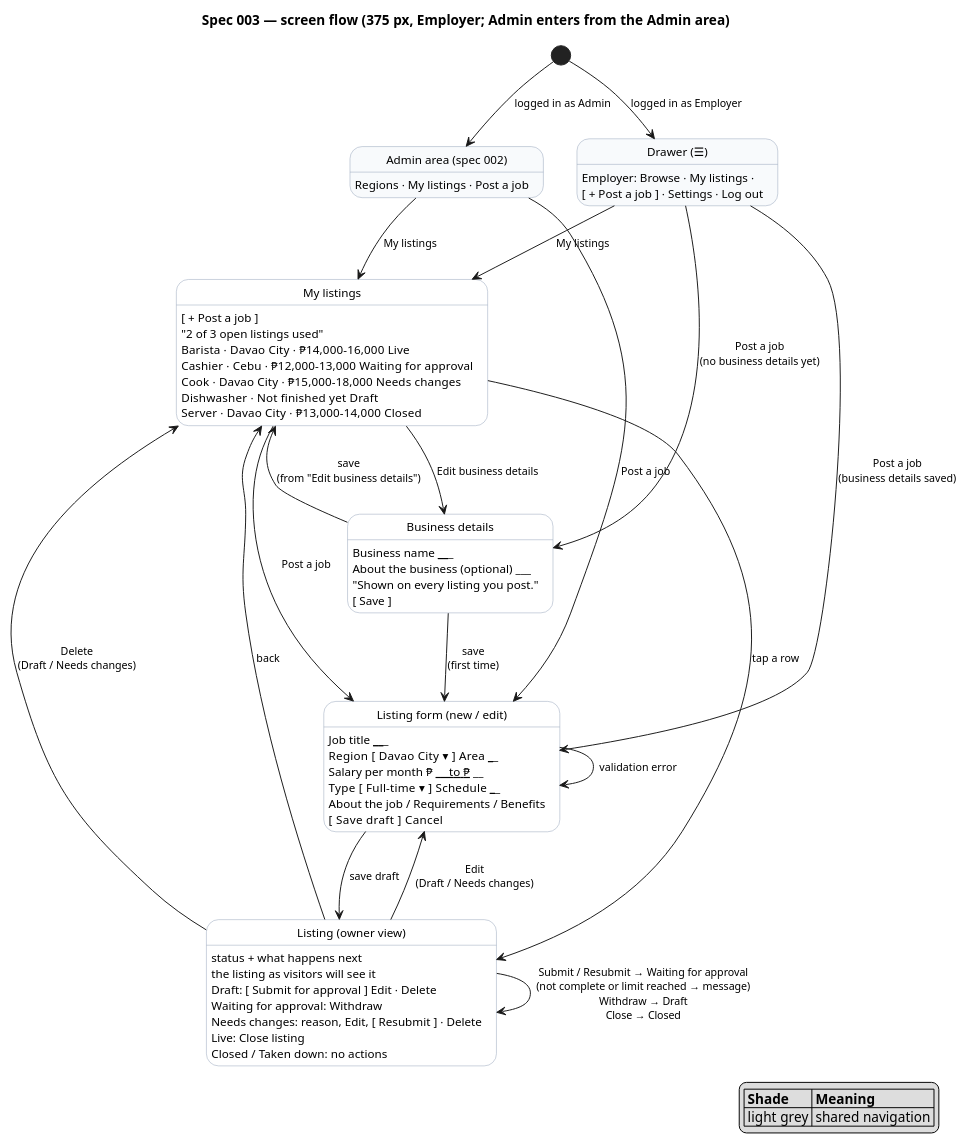
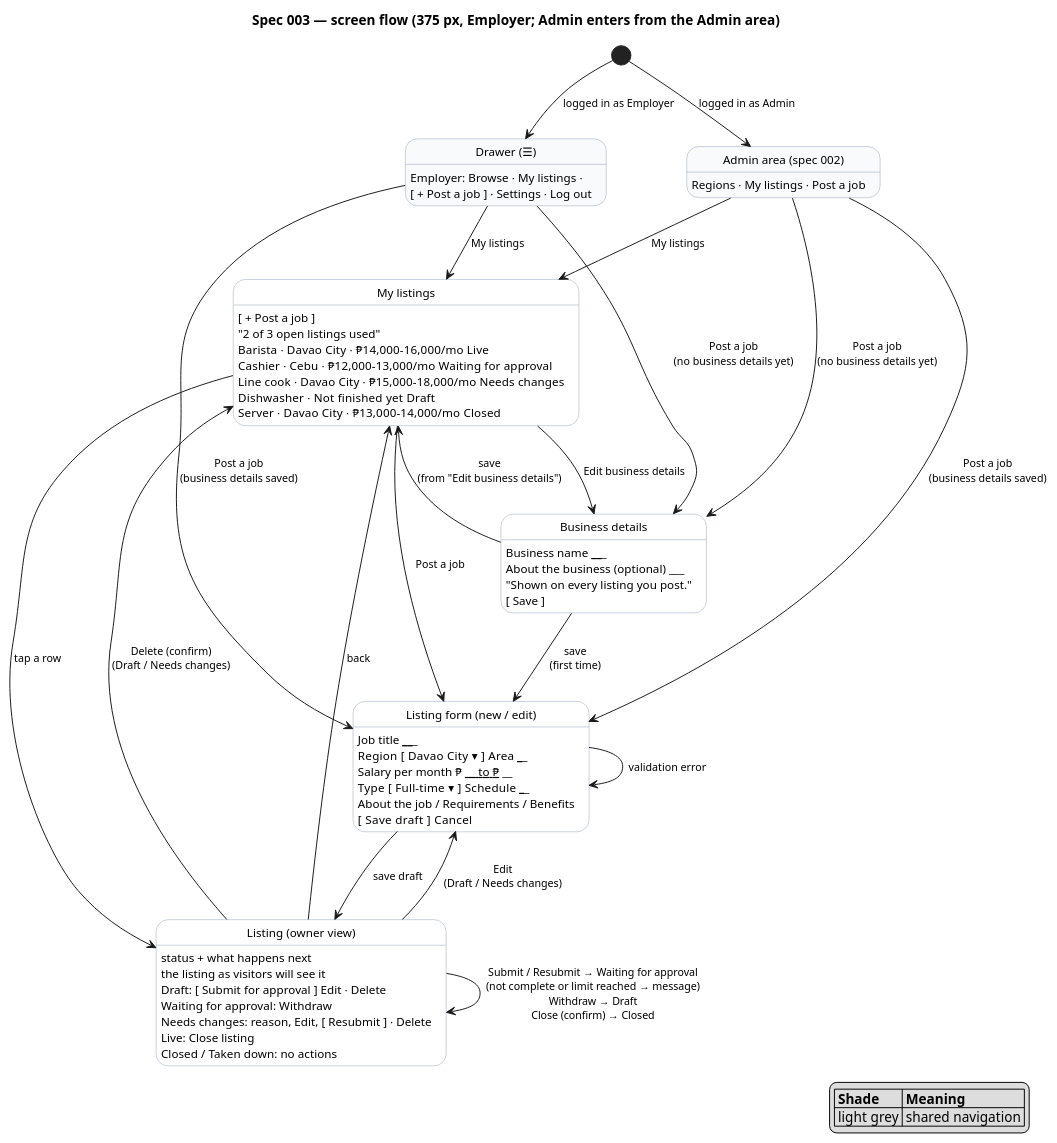
Before and after one commit to raseniero/jairojobs-elixir: the diagram in docs/specs/003-listings-employer-posting/diagrams/screenflow-posting.puml, drawn with PlantUML. The commit also changed 21 other files, not shown here.

Commit message:
docs: consistency pass after spec 003 review (specs 000 and 003, architecture, constitution examples)

```diff
--- a/docs/specs/003-listings-employer-posting/diagrams/screenflow-posting.puml
+++ b/docs/specs/003-listings-employer-posting/diagrams/screenflow-posting.puml
@@ -1,78 +1,79 @@
 @startuml screenflow-posting
 ' Spec 003 — screen flow. Each state is a screen (key elements listed); each arrow is a user action.
 ' Every user story US-003-1..12 is a path through this diagram (see table in spec.md).
 
 hide empty description
 skinparam state {
   BackgroundColor white
   BackgroundColor<<public>> #f8fafc
   BorderColor #94a3b8
   FontSize 12
 }
 skinparam arrowFontSize 11
 
 title Spec 003 — screen flow (375 px, Employer; Admin enters from the Admin area)
 
 state "Drawer (☰)" as Drawer <<public>>
 Drawer : Employer: Browse · My listings ·
 Drawer : [ + Post a job ] · Settings · Log out
 
 state "Admin area (spec 002)" as AdminArea <<public>>
 AdminArea : Regions · My listings · Post a job
 
 state "My listings" as Mine
 Mine : [ + Post a job ]
 Mine : "2 of 3 open listings used"
-Mine : Barista · Davao City · ₱14,000–16,000   Live
-Mine : Cashier · Cebu · ₱12,000–13,000   Waiting for approval
-Mine : Cook · Davao City · ₱15,000–18,000   Needs changes
+Mine : Barista · Davao City · ₱14,000–16,000/mo   Live
+Mine : Cashier · Cebu · ₱12,000–13,000/mo   Waiting for approval
+Mine : Line cook · Davao City · ₱15,000–18,000/mo   Needs changes
 Mine : Dishwasher · Not finished yet   Draft
-Mine : Server · Davao City · ₱13,000–14,000   Closed
+Mine : Server · Davao City · ₱13,000–14,000/mo   Closed
 
 state "Business details" as Business
 Business : Business name ___________
 Business : About the business (optional) ___
 Business : "Shown on every listing you post."
 Business : [ Save ]
 
 state "Listing form (new / edit)" as Form
 Form : Job title ___________
 Form : Region [ Davao City ▾ ]   Area ______
 Form : Salary per month ₱ ____ to ₱ ____
 Form : Type [ Full-time ▾ ]   Schedule ______
 Form : About the job / Requirements / Benefits
 Form : [ Save draft ]   Cancel
 
 state "Listing (owner view)" as Listing
 Listing : status + what happens next
 Listing : the listing as visitors will see it
 Listing : Draft: [ Submit for approval ] Edit · Delete
 Listing : Waiting for approval: Withdraw
 Listing : Needs changes: reason, Edit, [ Resubmit ] · Delete
 Listing : Live: Close listing
 Listing : Closed / Taken down: no actions
 
 [*] --> Drawer : logged in as Employer
 [*] --> AdminArea : logged in as Admin
 AdminArea --> Mine : My listings
-AdminArea --> Form : Post a job
+AdminArea --> Form : Post a job\n(business details saved)
+AdminArea --> Business : Post a job\n(no business details yet)
 Drawer --> Mine : My listings
 Drawer --> Form : Post a job\n(business details saved)
 Drawer --> Business : Post a job\n(no business details yet)
 Mine --> Form : Post a job
 Business --> Form : save\n(first time)
 Business --> Mine : save\n(from "Edit business details")
 Mine --> Business : Edit business details
 Form --> Listing : save draft
 Form --> Form : validation error
 Mine --> Listing : tap a row
 Listing --> Form : Edit\n(Draft / Needs changes)
-Listing --> Listing : Submit / Resubmit → Waiting for approval\n(not complete or limit reached → message)\nWithdraw → Draft\nClose → Closed
-Listing --> Mine : Delete\n(Draft / Needs changes)
+Listing --> Listing : Submit / Resubmit → Waiting for approval\n(not complete or limit reached → message)\nWithdraw → Draft\nClose (confirm) → Closed
+Listing --> Mine : Delete (confirm)\n(Draft / Needs changes)
 Listing --> Mine : back
 
 legend right
   |= Shade |= Meaning |
   | light grey | shared navigation |
 endlegend
 @enduml
```
